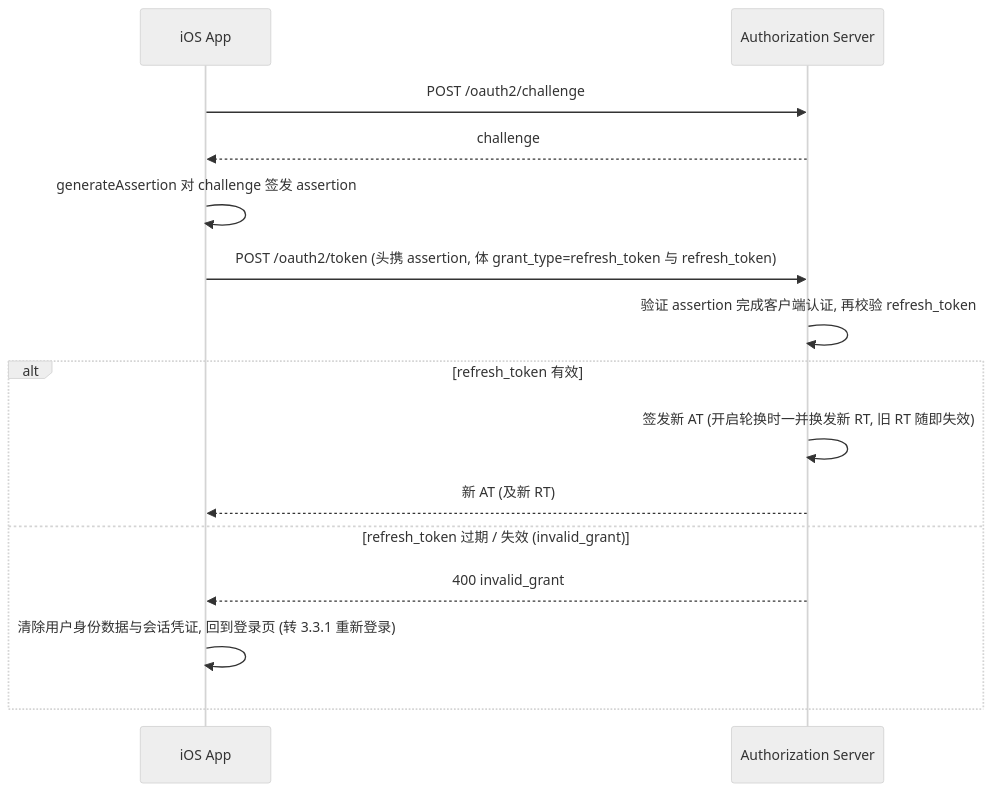
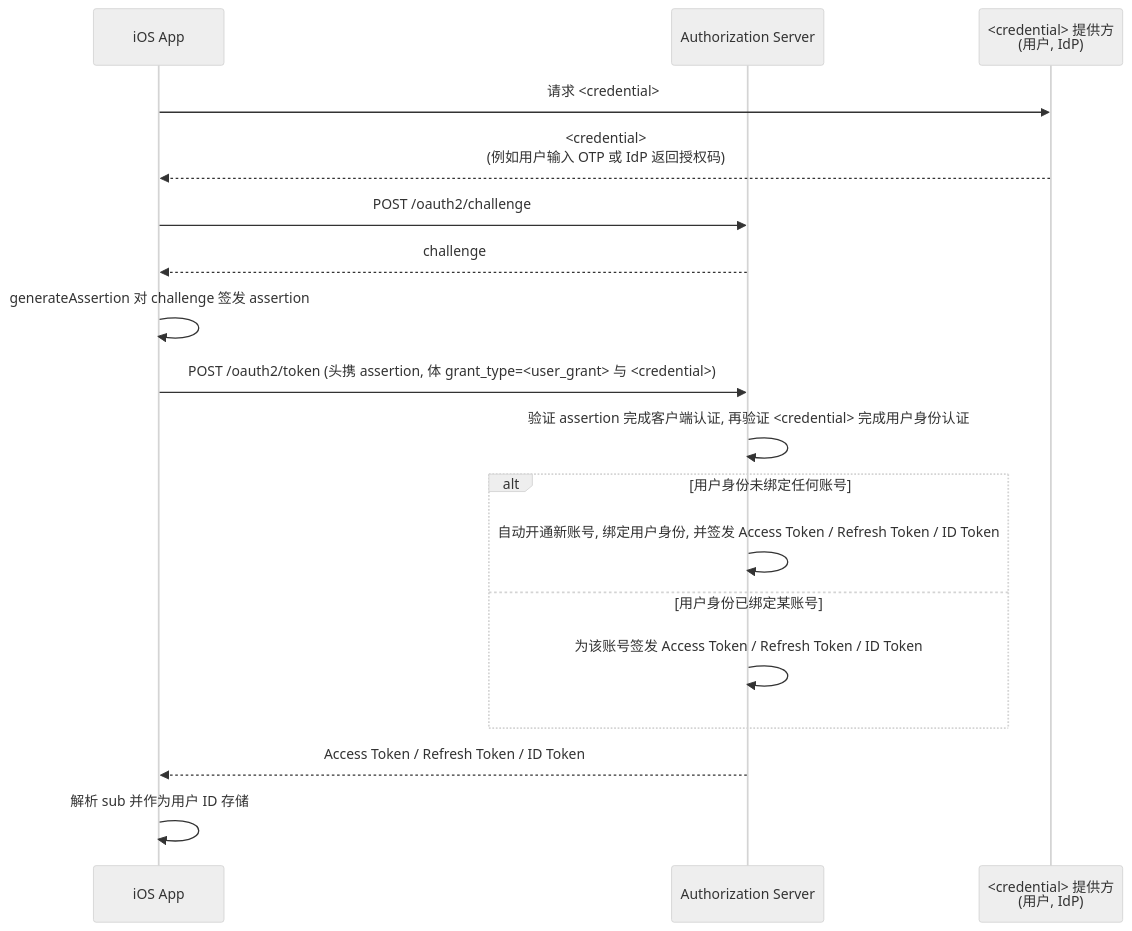
One commit to euler-projects/demo changed the fifth of 6 diagrams in user-center/doc/apis/zh-cn/app-attest-login/v2/App-Attest-Login.md. Above: the diagram before and after it, drawn with Mermaid (neutral theme). The commit also changed other lines of this file, not shown here.

Commit message:
docs(app-attest): rework login docs

````diff
--- a/user-center/doc/apis/zh-cn/app-attest-login/v2/App-Attest-Login.md
+++ b/user-center/doc/apis/zh-cn/app-attest-login/v2/App-Attest-Login.md
@@ -227,17 +258,20 @@
 ```mermaid
 sequenceDiagram
     participant App as iOS App
     participant Server as Authorization Server
+    participant CP as <credential> 提供方<br>(用户, IdP)
+    App ->> CP: 请求 <credential>
+    CP -->> App: <credential><br>(例如用户输入 OTP 或 IdP 返回授权码)
     App ->> Server: POST /oauth2/challenge
     Server -->> App: challenge
     App ->> App: generateAssertion 对 challenge 签发 assertion
-    App ->> Server: POST /oauth2/token (头携 assertion, 体 grant_type=refresh_token 与 refresh_token)
-    Server ->> Server: 验证 assertion 完成客户端认证, 再校验 refresh_token
-    alt refresh_token 有效
-        Server ->> Server: 签发新 AT (开启轮换时一并换发新 RT, 旧 RT 随即失效)
-        Server -->> App: 新 AT (及新 RT)
-    else refresh_token 过期 / 失效 (invalid_grant)
-        Server -->> App: 400 invalid_grant
-        App ->> App: 清除用户身份数据与会话凭证, 回到登录页 (转 3.3.1 重新登录)
+    App ->> Server: POST /oauth2/token (头携 assertion, 体 grant_type=<user_grant> 与 <credential>)
+    Server ->> Server: 验证 assertion 完成客户端认证, 再验证 <credential> 完成用户身份认证
+    alt 用户身份未绑定任何账号
+        Server ->> Server: 自动开通新账号, 绑定用户身份, 并签发 Access Token / Refresh Token / ID Token
+    else 用户身份已绑定某账号
+        Server ->> Server: 为该账号签发 Access Token / Refresh Token / ID Token
     end
+    Server -->> App: Access Token / Refresh Token / ID Token
+    App ->> App: 解析 sub 并作为用户 ID 存储
 ```
````
